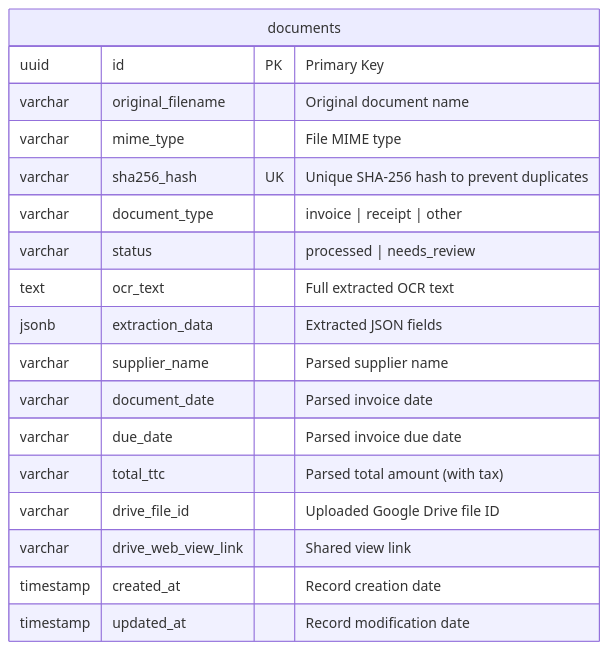
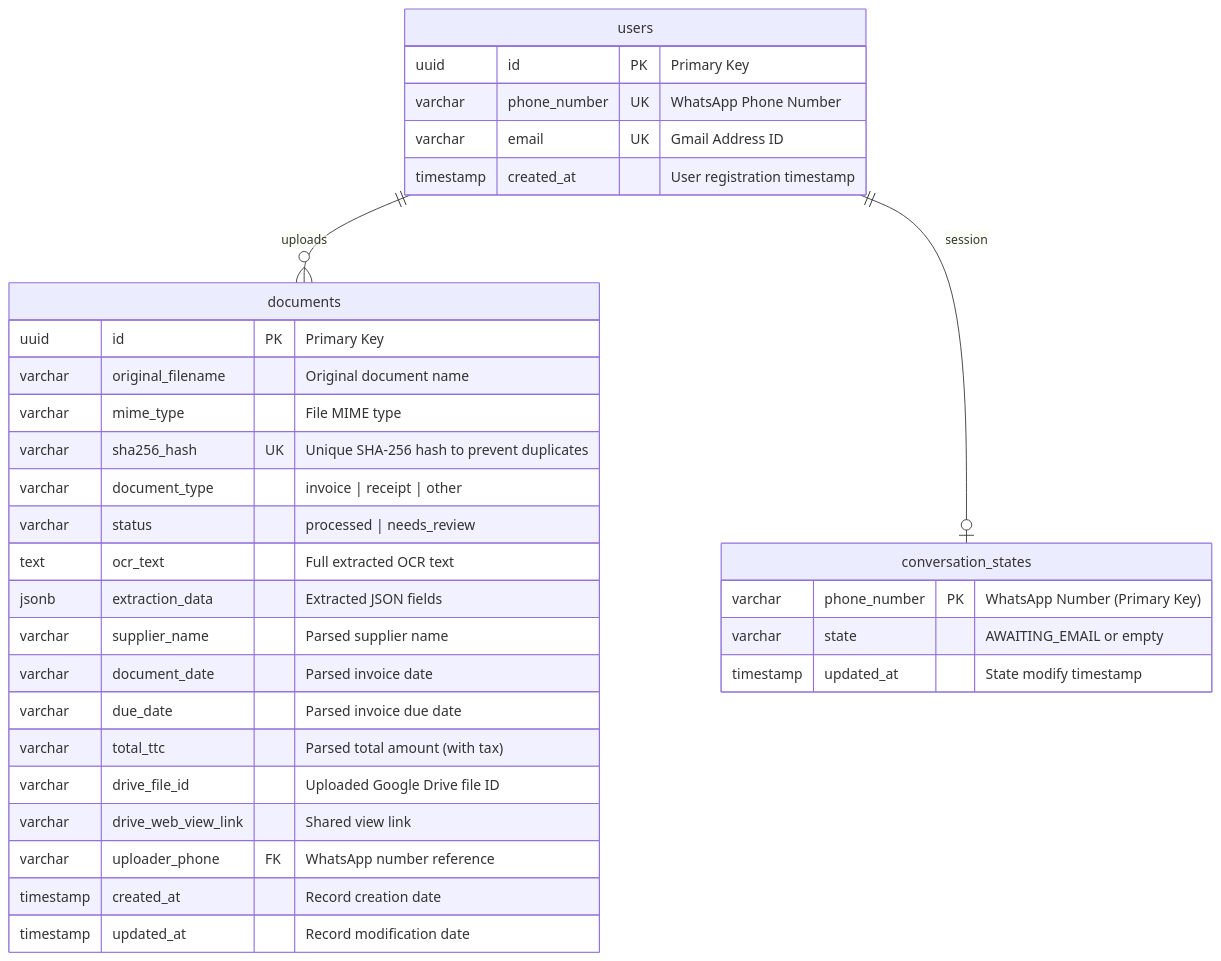
Before and after one commit to shauatsmvec/klerk: the second of 2 diagrams in project/README.md, drawn with Mermaid. The commit also changed other lines of this file, not shown here.

Commit message:
docs: update README with WhatsApp multi-tenancy and confirmation diagrams

````diff
--- a/project/README.md
+++ b/project/README.md
@@ -50,21 +54,38 @@
 ```mermaid
 erDiagram
+    users ||--o{ documents : "uploads"
+    users ||--o| conversation_states : "session"
+    
+    users {
+        uuid id PK "Primary Key"
+        varchar phone_number UK "WhatsApp Phone Number"
+        varchar email UK "Gmail Address ID"
+        timestamp created_at "User registration timestamp"
+    }
+    
+    conversation_states {
+        varchar phone_number PK "WhatsApp Number (Primary Key)"
+        varchar state "AWAITING_EMAIL or empty"
+        timestamp updated_at "State modify timestamp"
+    }
+
     documents {
         uuid id PK "Primary Key"
         varchar original_filename "Original document name"
         varchar mime_type "File MIME type"
         varchar sha256_hash UK "Unique SHA-256 hash to prevent duplicates"
         varchar document_type "invoice | receipt | other"
         varchar status "processed | needs_review"
         text ocr_text "Full extracted OCR text"
         jsonb extraction_data "Extracted JSON fields"
         varchar supplier_name "Parsed supplier name"
         varchar document_date "Parsed invoice date"
         varchar due_date "Parsed invoice due date"
         varchar total_ttc "Parsed total amount (with tax)"
         varchar drive_file_id "Uploaded Google Drive file ID"
         varchar drive_web_view_link "Shared view link"
+        varchar uploader_phone FK "WhatsApp number reference"
         timestamp created_at "Record creation date"
         timestamp updated_at "Record modification date"
     }
 ```
````
